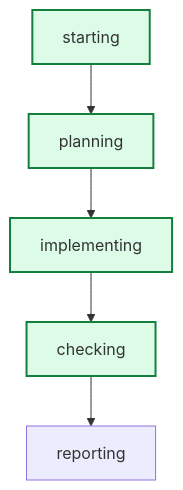
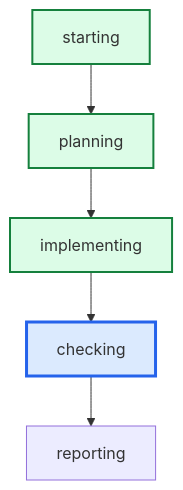
Before and after one commit to daniell0gda/hermes-feature-check-dashboard: the diagram in latest/graph.mmd, drawn with Mermaid. The commit also changed 31 other files, not shown here.

```diff
--- a/latest/graph.mmd
+++ b/latest/graph.mmd
@@ -1,13 +1,13 @@
 graph TD
     starting --> planning
     planning --> implementing
     implementing --> checking
     checking --> reporting
 
 classDef done fill:#dcfce7,stroke:#15803d,stroke-width:2px;
 classDef active fill:#dbeafe,stroke:#2563eb,stroke-width:3px;
 classDef failed fill:#fee2e2,stroke:#b42318,stroke-width:2px;
-class checking done;
 class planning done;
+class checking active;
 class implementing done;
 class starting done;
```
